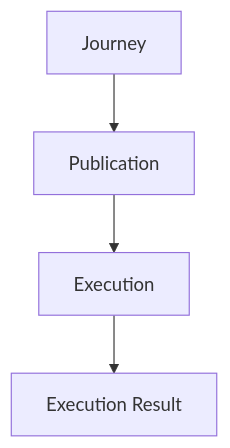
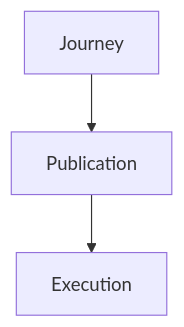
Before and after one commit to hermesnet-git/journey-admin: the fourth of 9 diagrams in requisitos/admin/ej-admin-arquitetura-logica.md, drawn with Mermaid. The commit also changed other lines of this file and 5 other files, not shown here.

````diff
--- a/requisitos/admin/ej-admin-arquitetura-logica.md
+++ b/requisitos/admin/ej-admin-arquitetura-logica.md
@@ -386,11 +378,9 @@
 ```mermaid
 flowchart TD
     JOURNEY[Journey]
     PUBLICATION[Publication]
     EXECUTION[Execution]
-    RESULT[Execution Result]
 
     JOURNEY --> PUBLICATION
     PUBLICATION --> EXECUTION
-    EXECUTION --> RESULT
 ```
````
